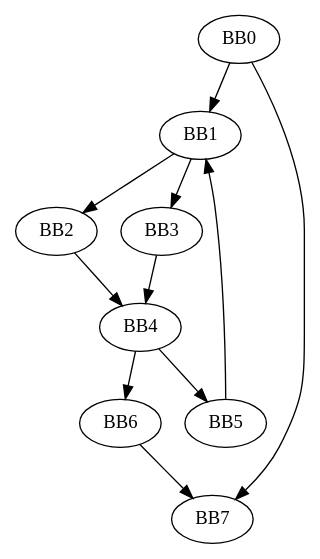
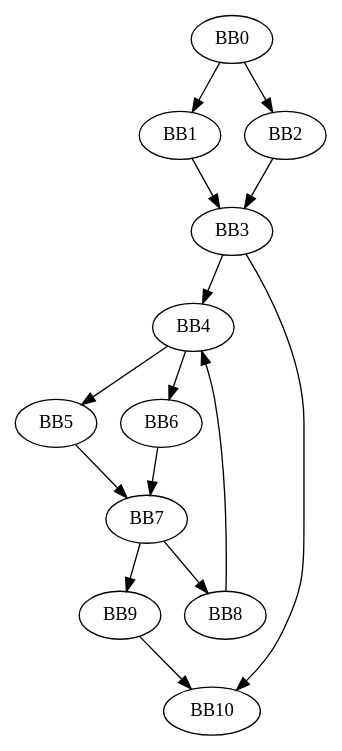
Before and after one commit to Jaseci-Labs/jaseci: the diagram in jac/examples/gins_scripts/cfg.gv, drawn with Graphviz. The commit also changed 3 other files, not shown here.

```diff
--- a/jac/examples/gins_scripts/cfg.gv
+++ b/jac/examples/gins_scripts/cfg.gv
@@ -1,21 +1,28 @@
 // Control Flow Graph
 digraph {
 	bb0 [label=BB0]
 	bb1 [label=BB1]
 	bb2 [label=BB2]
 	bb3 [label=BB3]
 	bb4 [label=BB4]
 	bb5 [label=BB5]
 	bb6 [label=BB6]
 	bb7 [label=BB7]
-	bb0 -> bb7
+	bb8 [label=BB8]
+	bb9 [label=BB9]
+	bb10 [label=BB10]
+	bb0 -> bb2
 	bb0 -> bb1
 	bb1 -> bb3
-	bb1 -> bb2
-	bb2 -> bb4
+	bb2 -> bb3
+	bb3 -> bb10
 	bb3 -> bb4
 	bb4 -> bb6
 	bb4 -> bb5
-	bb5 -> bb1
+	bb5 -> bb7
 	bb6 -> bb7
+	bb7 -> bb9
+	bb7 -> bb8
+	bb8 -> bb4
+	bb9 -> bb10
 }
```
